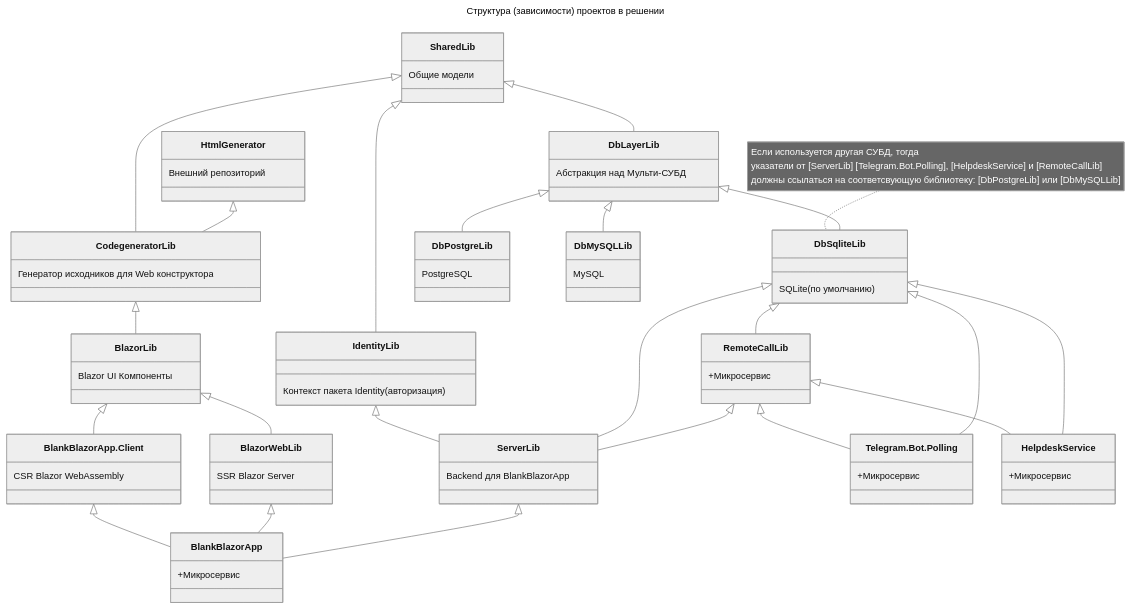
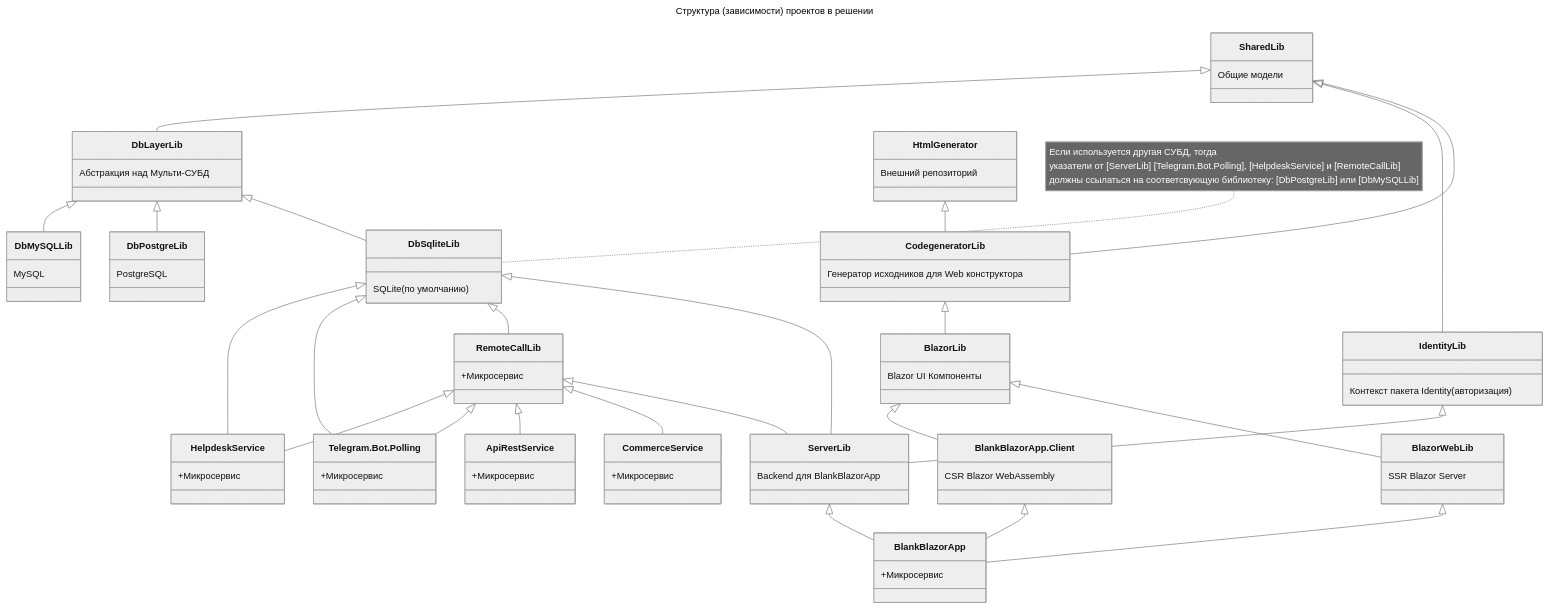
Before and after one commit to badhitman/DesignerApp: the diagram in README.md, drawn with Mermaid (neutral theme). The commit also changed 21 other files, not shown here.

````diff
--- a/README.md
+++ b/README.md
@@ -31,6 +31,8 @@
     IdentityLib <|-- ServerLib
     DbSqliteLib <|-- ServerLib
     RemoteCallLib <|-- ServerLib
+    RemoteCallLib <|-- CommerceService
+    RemoteCallLib <|-- ApiRestService
     CodegeneratorLib <|-- BlazorLib
     HtmlGenerator <|-- CodegeneratorLib
     DbLayerLib <|-- DbSqliteLib
@@ -92,4 +94,10 @@
     class HelpdeskService{
         +Микросервис        
     }
+    class CommerceService{
+        +Микросервис        
+    }
+    class ApiRestService{
+        +Микросервис        
+    }
 ```
````
